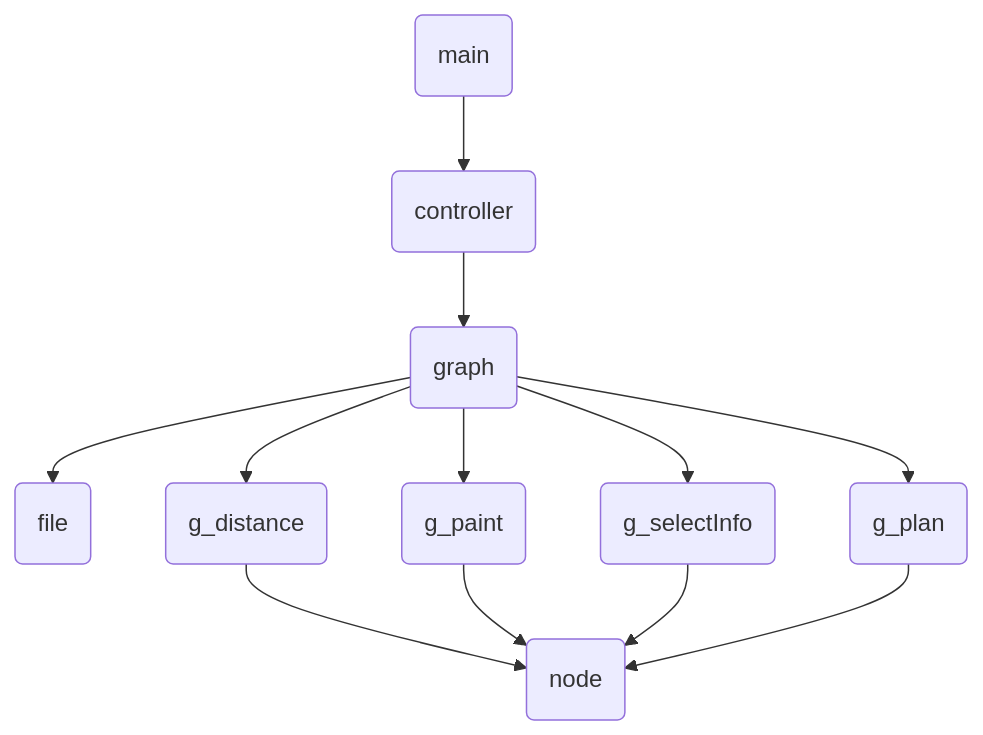
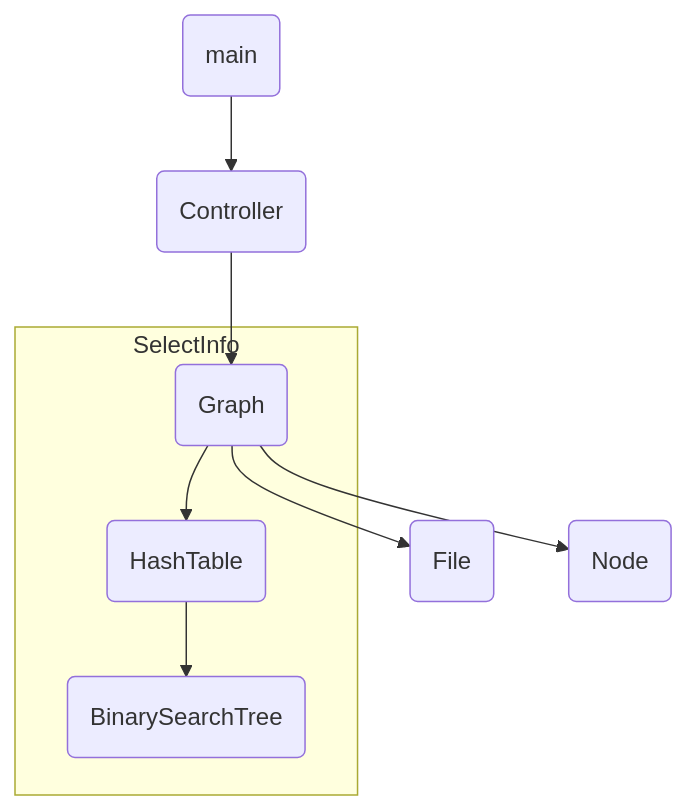
One commit to ChengKer/2020NjuDataStructureProject changed the diagram in README.md. Above: the diagram before and after it, drawn with Mermaid. The commit also changed 22 other files, not shown here.

````diff
--- a/README.md
+++ b/README.md
@@ -6,23 +6,18 @@
 ```mermaid
 graph TB
 a1(main)
-a2(controller)
+a2(Controller)
 a1-->a2
-a3(graph)
+a3(Graph)
 a2-->a3
-a4(file)
+a4(File)
 a3-->a4
-a5(g_distance)
+subgraph SelectInfo
+a5(HashTable)
 a3-->a5
-a6(g_paint)
-a3-->a6
-a7(g_selectInfo)
+a6(BinarySearchTree)
+a5-->a6
+end
+a7(Node)
 a3-->a7
-a8(g_plan)
-a3-->a8
-a10(node)
-a5-->a10
-a6-->a10
-a7-->a10
-a8-->a10
 ```
````
